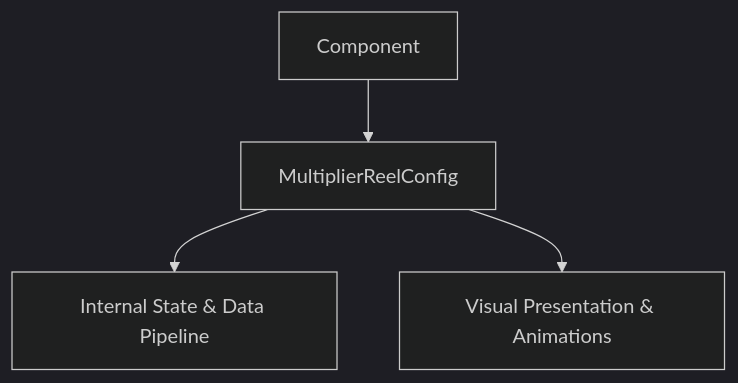
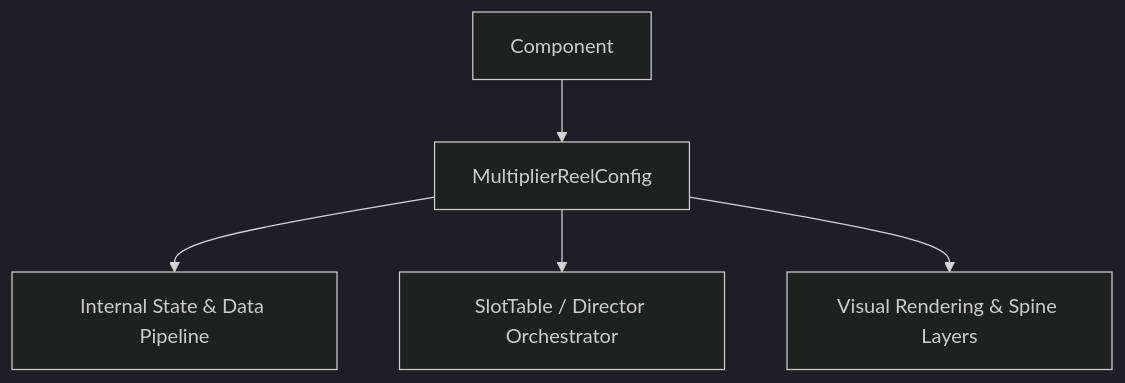
Before and after one commit to lam-ark/mcp-fwcc: the diagram in docs/cc_slot_mechanics/modules/MultiplierReelConfig/01_overview/01_architecture_and_role.md, drawn with Mermaid (dark theme). The commit also changed other lines of this file and 2509 other files, not shown here.

````diff
--- a/docs/cc_slot_mechanics/modules/MultiplierReelConfig/01_overview/01_architecture_and_role.md
+++ b/docs/cc_slot_mechanics/modules/MultiplierReelConfig/01_overview/01_architecture_and_role.md
@@ -18,6 +24,7 @@
 ```mermaid
 graph TD
-    Parent[Component] --> Mod[MultiplierReelConfig]
-    Mod --> State[Internal State & Data Pipeline]
-    Mod --> Render[Visual Presentation & Animations]
+    SuperClass[Component] --> TargetClass[MultiplierReelConfig]
+    TargetClass --> DataPipeline[Internal State & Data Pipeline]
+    TargetClass --> Orchestrator[SlotTable / Director Orchestrator]
+    TargetClass --> ViewLayer[Visual Rendering & Spine Layers]
 ```
````
